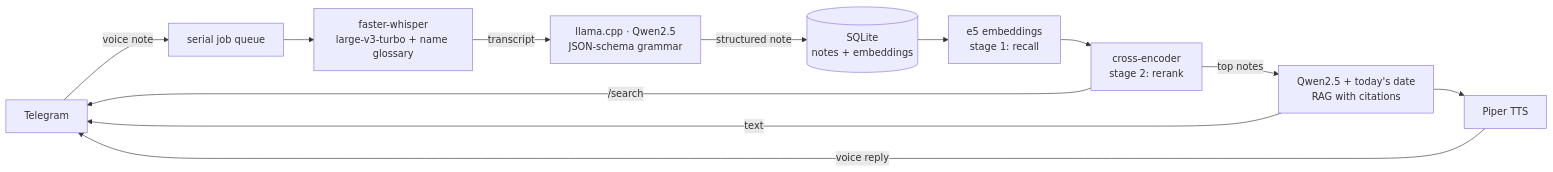
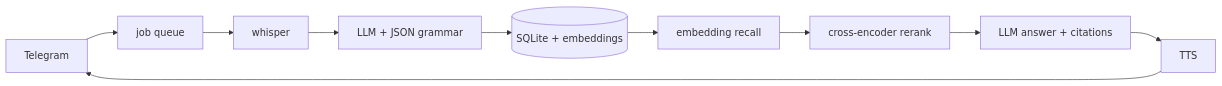
Before and after one commit to SkanderGhariani/voicebrain: the diagram in README.md, drawn with Mermaid. The commit also changed other lines of this file and 18 other files, not shown here.

````diff
--- a/README.md
+++ b/README.md
@@ -33,13 +32,11 @@
 ```mermaid
 flowchart LR
-    TG[Telegram] -->|voice note| Q[serial job queue]
-    Q --> W[faster-whisper\nlarge-v3-turbo + name glossary]
-    W -->|transcript| L[llama.cpp · Qwen2.5\nJSON-schema grammar]
-    L -->|structured note| DB[(SQLite\nnotes + embeddings)]
-    DB --> S1[e5 embeddings\nstage 1: recall]
-    S1 --> S2[cross-encoder\nstage 2: rerank]
-    S2 -->|/search| TG
-    S2 -->|top notes| RAG[Qwen2.5 + today's date\nRAG with citations]
-    RAG -->|text| TG
-    RAG --> TTS[Piper TTS] -->|voice reply| TG
+    TG[Telegram] --> Q[job queue]
+    Q --> W[whisper]
+    W --> L[LLM + JSON grammar]
+    L --> DB[(SQLite + embeddings)]
+    DB --> R1[embedding recall]
+    R1 --> R2[cross-encoder rerank]
+    R2 --> RAG[LLM answer + citations]
+    RAG --> TTS[TTS] --> TG
 ```
````
